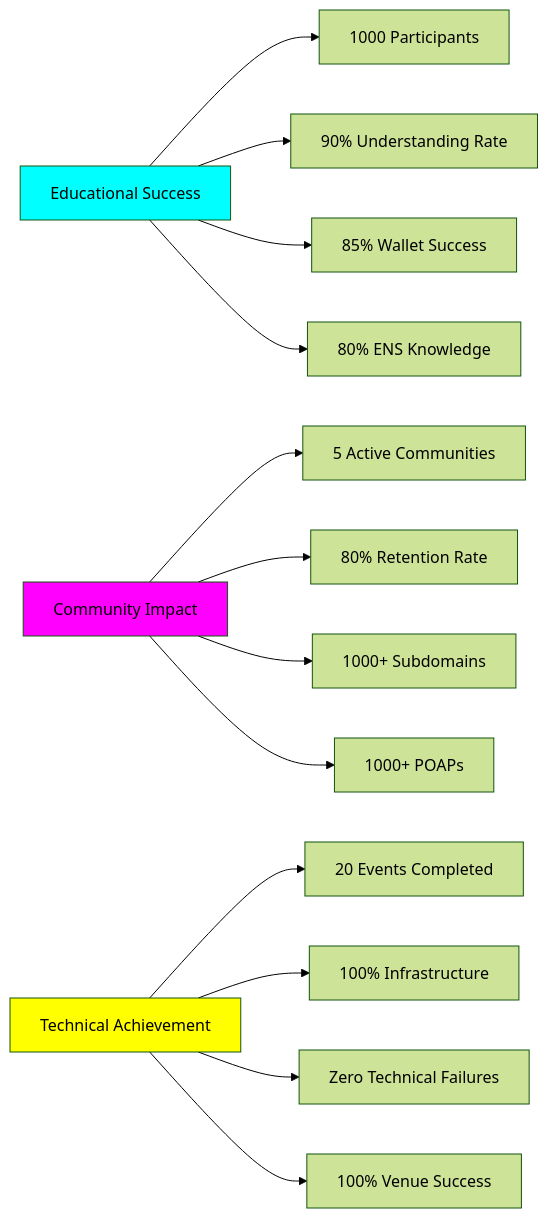
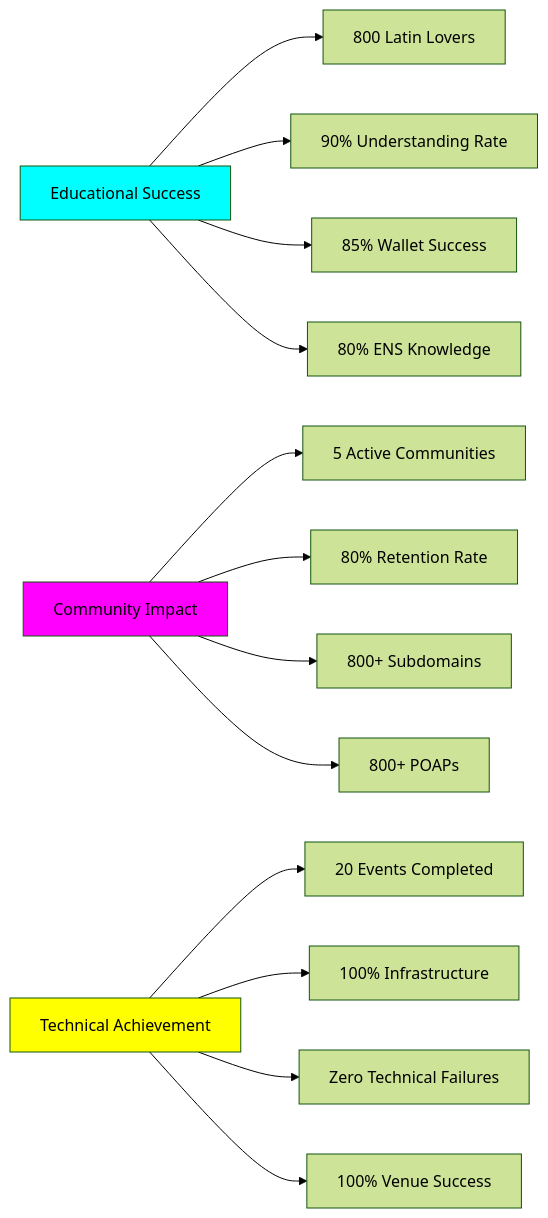
The tenth of 12 diagrams in visuals/project-diagrams.md (imrulo/lat.eth), drawn with Mermaid (forest theme) before and after one commit. The commit also changed other lines of this file and 21 other files, not shown here.

````diff
--- a/visuals/project-diagrams.md
+++ b/visuals/project-diagrams.md
@@ -261,21 +261,21 @@
 ```mermaid
 graph LR
-    A[Educational Success] --> B[1000 Participants]
+    A[Educational Success] --> B[800 Latin Lovers]
     A --> C[90% Understanding Rate]
     A --> D[85% Wallet Success]
     A --> E[80% ENS Knowledge]
     
     F[Community Impact] --> G[5 Active Communities]
     F --> H[80% Retention Rate]
-    F --> I[1000+ Subdomains]
-    F --> J[1000+ POAPs]
+    F --> I[800+ Subdomains]
+    F --> J[800+ POAPs]
     
     K[Technical Achievement] --> L[20 Events Completed]
     K --> M[100% Infrastructure]
     K --> N[Zero Technical Failures]
     K --> O[100% Venue Success]
     
     style A fill:#00ffff
     style F fill:#ff00ff
     style K fill:#ffff00
 ```
````
